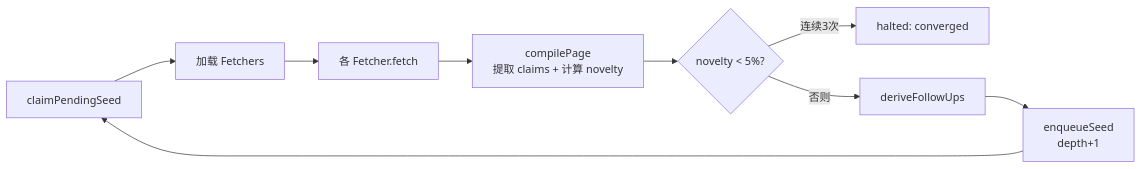
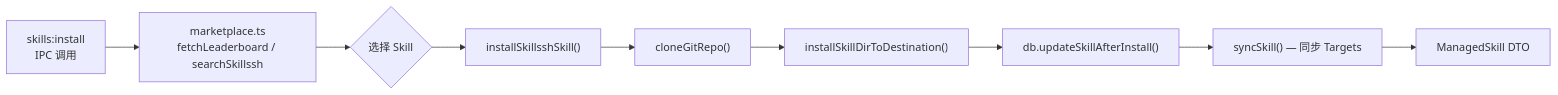
The third of 5 diagrams in .tech/repowiki/zh/content/核心模块规格/技能与插件系统总览.md (lst016/tech-cc-hub), drawn with Mermaid before and after one commit. The commit also changed other lines of this file and 195 other files, not shown here.

````diff
--- a/.tech/repowiki/zh/content/核心模块规格/技能与插件系统总览.md
+++ b/.tech/repowiki/zh/content/核心模块规格/技能与插件系统总览.md
@@ -260,11 +201,11 @@
 ```mermaid
 flowchart LR
-    A[claimPendingSeed] --> B[加载 Fetchers]
-    B --> C[各 Fetcher.fetch]
-    C --> D[compilePage<br/>提取 claims + 计算 novelty]
-    D --> E{novelty < 5%?}
-    E -->|连续3次| F[halted: converged]
-    E -->|否则| G[deriveFollowUps]
-    G --> H[enqueueSeed<br/>depth+1]
-    H --> A
+    A["skills:install<br/>IPC 调用"] --> B["marketplace.ts<br/>fetchLeaderboard / searchSkillssh"]
+    B --> C{选择 Skill}
+    C --> D["installSkillsshSkill()"]
+    D --> E["cloneGitRepo()"]
+    E --> F["installSkillDirToDestination()"]
+    F --> G["db.updateSkillAfterInstall()"]
+    G --> H["syncSkill() — 同步 Targets"]
+    H --> I["ManagedSkill DTO"]
 ```
````
